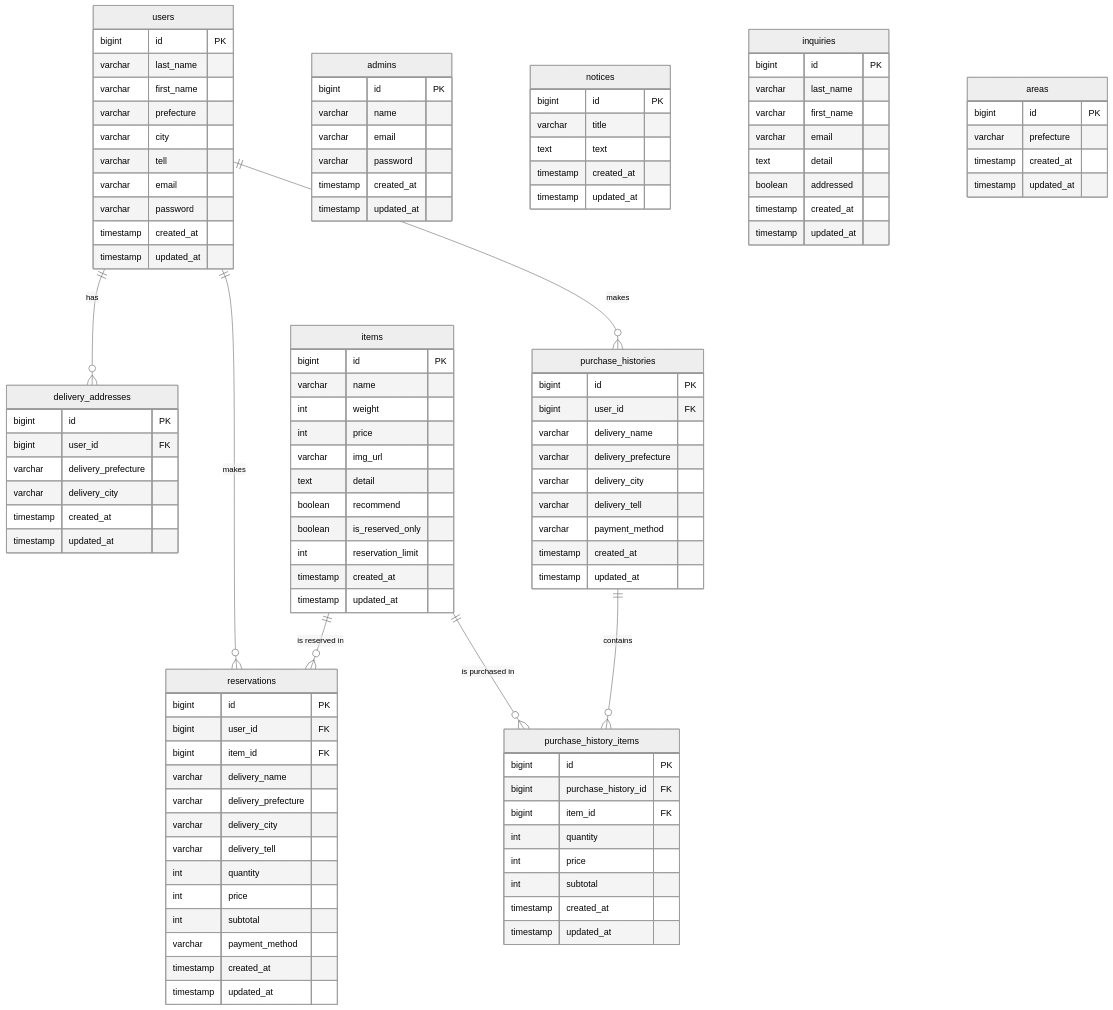
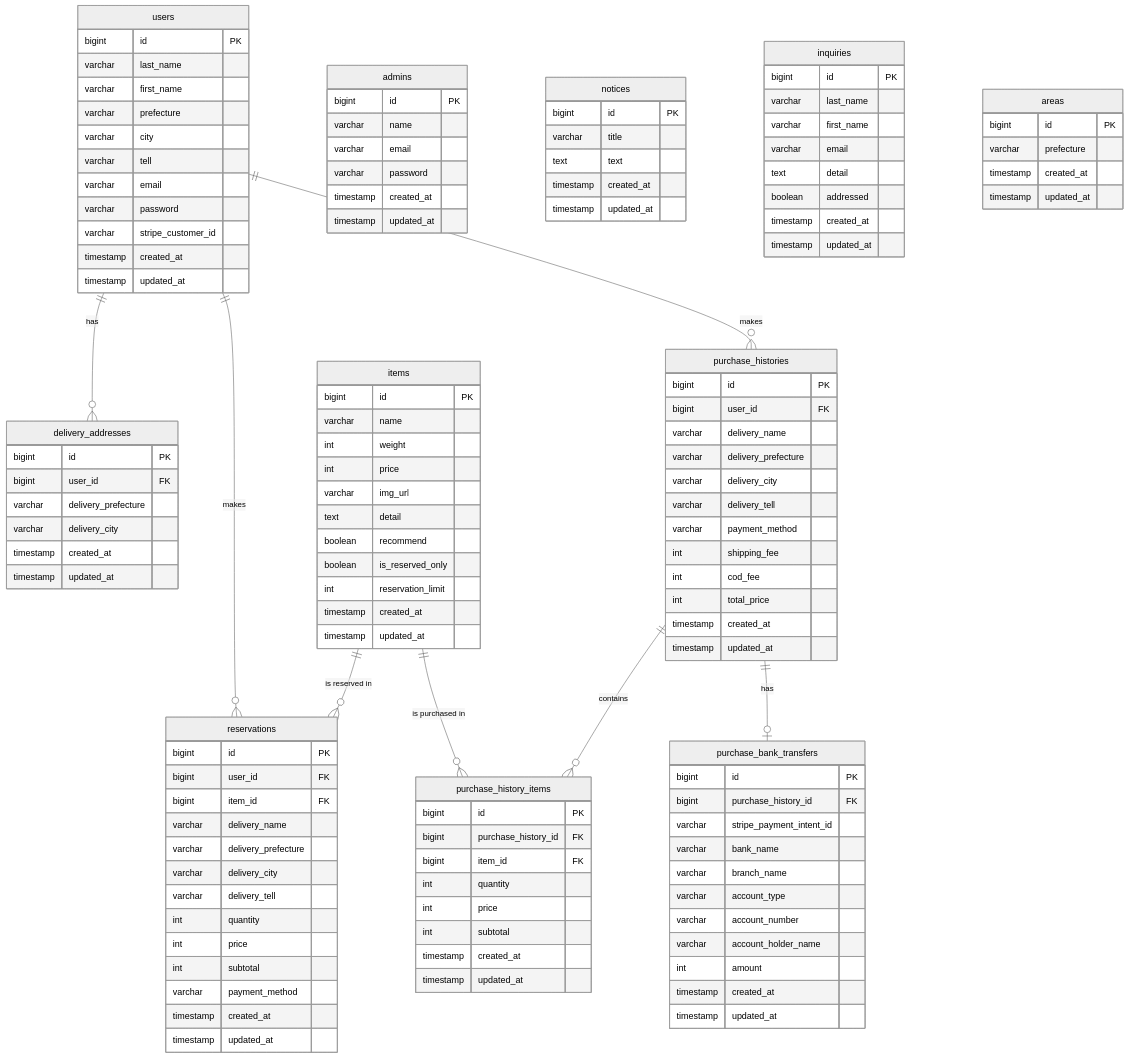
Before and after one commit to basstuba/shioyafarm: the diagram in docs/06-er-diagram.md, drawn with Mermaid (neutral theme). The commit also changed 153 other files, not shown here.

```diff
--- a/docs/06-er-diagram.md
+++ b/docs/06-er-diagram.md
@@ -14,6 +14,7 @@
     items ||--o{ reservations : "is reserved in"
     items ||--o{ purchase_history_items : "is purchased in"
     purchase_histories ||--o{ purchase_history_items : "contains"
+    purchase_histories ||--o| purchase_bank_transfers : "has"
 
     users {
         bigint id PK
@@ -24,6 +25,7 @@
         varchar tell
         varchar email
         varchar password
+        varchar stripe_customer_id
         timestamp created_at
         timestamp updated_at
     }
@@ -61,6 +63,23 @@
         varchar delivery_city
         varchar delivery_tell
         varchar payment_method
+        int shipping_fee
+        int cod_fee
+        int total_price
+        timestamp created_at
+        timestamp updated_at
+    }
+
+    purchase_bank_transfers {
+        bigint id PK
+        bigint purchase_history_id FK
+        varchar stripe_payment_intent_id
+        varchar bank_name
+        varchar branch_name
+        varchar account_type
+        varchar account_number
+        varchar account_holder_name
+        int amount
         timestamp created_at
         timestamp updated_at
     }
```
